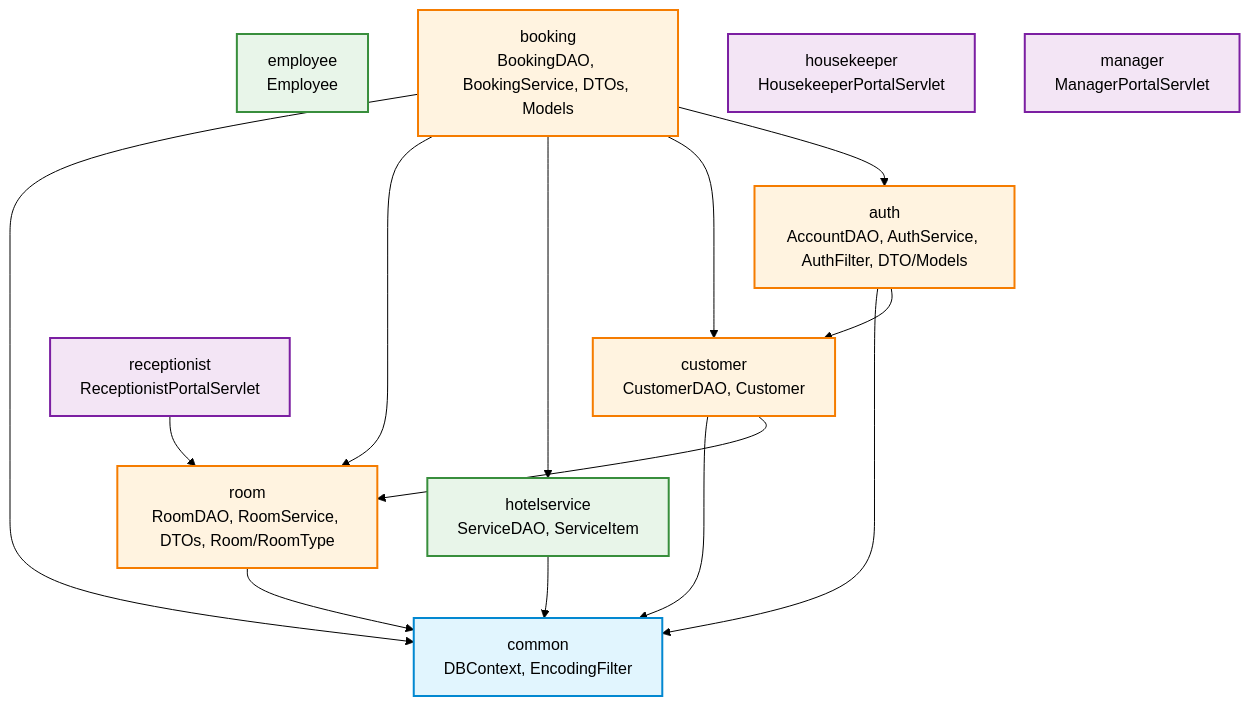
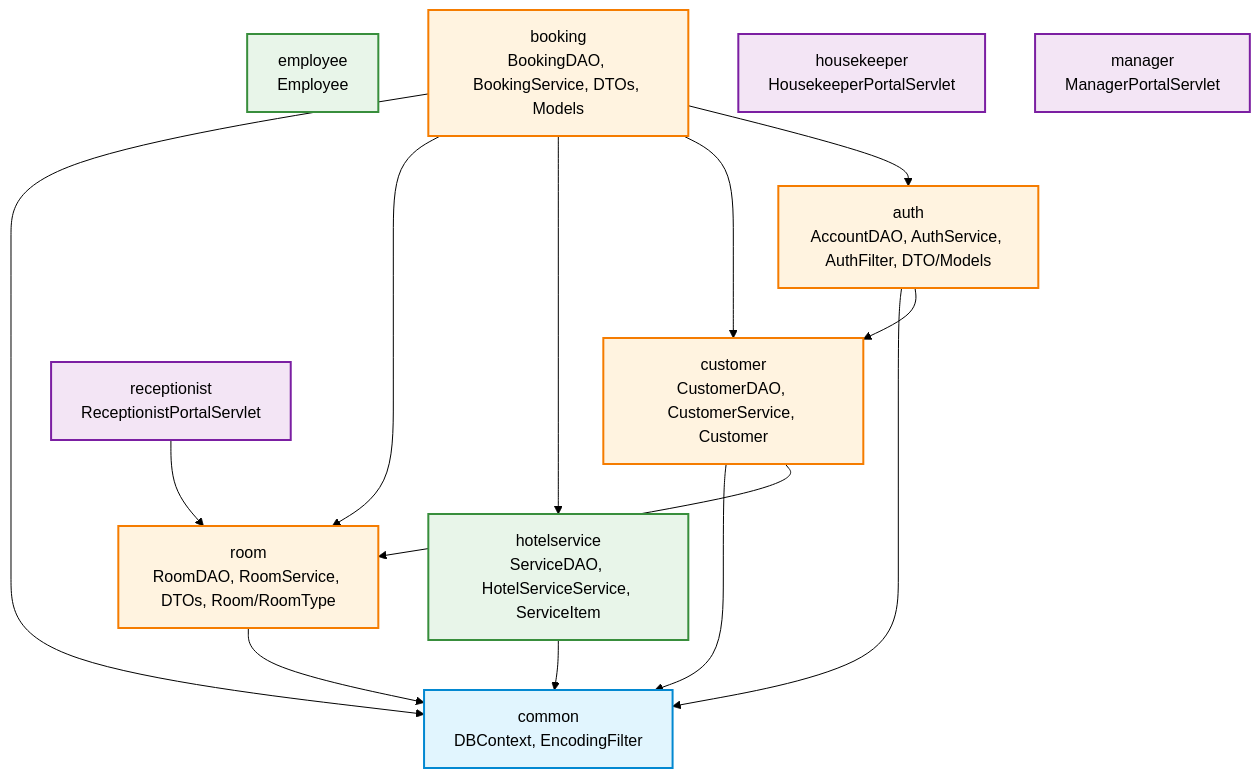
One commit to duongnguyen88454-droid/HotelManagerSystem changed the diagram in docs/02_Web_Application/KienTruc_Va_LoTrinh/CAU_TRUC_THU_MUC.md. Above: the diagram before and after it, drawn with Mermaid (forest theme). The commit also changed other lines of this file and 6 other files, not shown here.

Commit message:
refactor(layers): loai bo Controller bypass DAO, bo sung CustomerService va HotelServiceService

````diff
--- a/docs/02_Web_Application/KienTruc_Va_LoTrinh/CAU_TRUC_THU_MUC.md
+++ b/docs/02_Web_Application/KienTruc_Va_LoTrinh/CAU_TRUC_THU_MUC.md
@@ -24,31 +24,31 @@
 ```mermaid
 graph TD
     classDef commonStyle fill:#e1f5fe,stroke:#0288d1,stroke-width:2px;
     classDef independent fill:#e8f5e9,stroke:#388e3c,stroke-width:2px;
     classDef feature fill:#fff3e0,stroke:#f57c00,stroke-width:2px;
     classDef portal fill:#f3e5f5,stroke:#7b1fa2,stroke-width:2px;
 
     Common[common<br/>DBContext, EncodingFilter]:::commonStyle
     Room[room<br/>RoomDAO, RoomService, DTOs, Room/RoomType]:::feature
-    HotelService[hotelservice<br/>ServiceDAO, ServiceItem]:::independent
+    HotelService[hotelservice<br/>ServiceDAO, HotelServiceService, ServiceItem]:::independent
     Employee[employee<br/>Employee]:::independent
-    Customer[customer<br/>CustomerDAO, Customer]:::feature
+    Customer[customer<br/>CustomerDAO, CustomerService, Customer]:::feature
     Auth[auth<br/>AccountDAO, AuthService, AuthFilter, DTO/Models]:::feature
     Booking[booking<br/>BookingDAO, BookingService, DTOs, Models]:::feature
     Receptionist[receptionist<br/>ReceptionistPortalServlet]:::portal
     Housekeeper[housekeeper<br/>HousekeeperPortalServlet]:::portal
     Manager[manager<br/>ManagerPortalServlet]:::portal
 
     Room --> Common
     HotelService --> Common
     Customer --> Common
     Customer --> Room
     Auth --> Common
     Auth --> Customer
     Booking --> Common
     Booking --> Room
     Booking --> HotelService
     Booking --> Customer
     Booking --> Auth
     Receptionist --> Room
 ```
````
